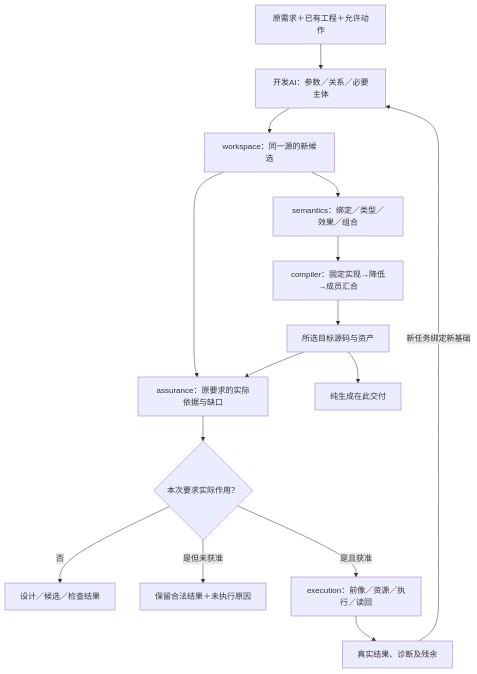
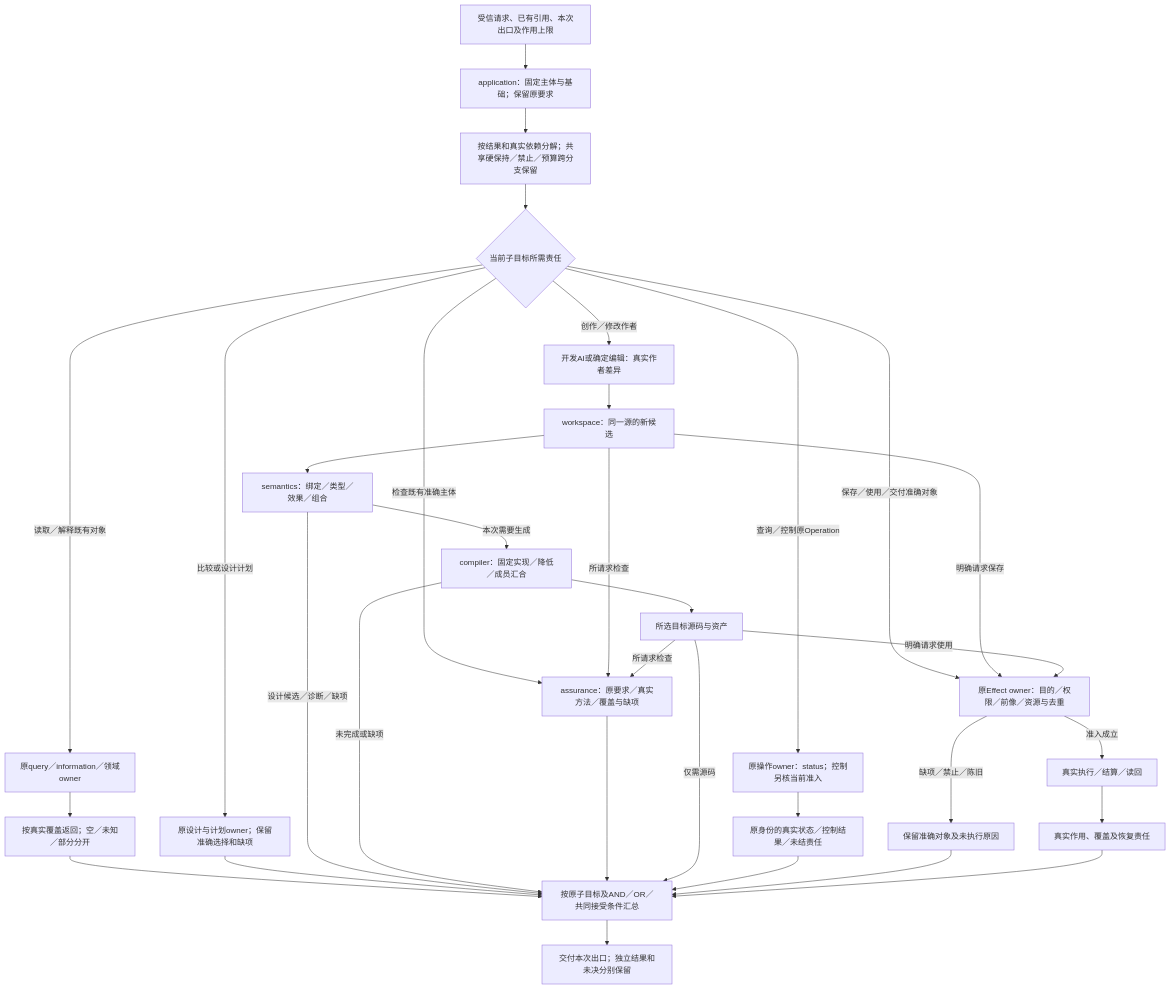
Before and after one commit to sec-platform/sec: the diagram in docs/开发/需求到交付主链.md, drawn with Mermaid. The commit also changed other lines of this file and 33 other files, not shown here.

````diff
--- a/docs/开发/需求到交付主链.md
+++ b/docs/开发/需求到交付主链.md
@@ -64,17 +82,35 @@
 ```mermaid
 flowchart TB
- Request["原需求＋已有工程＋允许动作"] --> Author["开发AI：参数／关系／必要主体"]
+ Request["受信请求、已有引用、本次出口及作用上限"] --> Bind["application：固定主体与基础；保留原要求"]
+ Bind --> Split["按结果和真实依赖分解；共享硬保持／禁止／预算跨分支保留"]
+ Split --> Route{"当前子目标所需责任"}
+ Route -->|读取／解释既有对象| Query["原query／information／领域owner"]
+ Query --> ReadResult["按真实覆盖返回；空／未知／部分分开"]
+ Route -->|比较或设计计划| Plan["原设计与计划owner；保留准确选择和缺项"]
+ Route -->|创作／修改作者| Author["开发AI或确定编辑：真实作者差异"]
  Author --> Candidate["workspace：同一源的新候选"]
  Candidate --> Meaning["semantics：绑定／类型／效果／组合"]
- Meaning --> Compile["compiler：固定实现→降低→成员汇合"]
+ Meaning -->|本次需要生成| Compile["compiler：固定实现／降低／成员汇合"]
  Compile --> Artifact["所选目标源码与资产"]
- Candidate --> Assess["assurance：原要求的实际依据与缺口"]
- Artifact --> Assess
- Artifact --> Preview["纯生成在此交付"]
- Assess --> Choice{"本次要求实际作用？"}
- Choice -->|否| Result["设计／候选／检查结果"]
- Choice -->|是但未获准| NoRun["保留合法结果＋未执行原因"]
- Choice -->|是且获准| Exec["execution：前像／资源／执行／读回"]
- Exec --> Feedback["真实结果、诊断及残余"]
- Feedback -->|新任务绑定新基础| Author
+ Route -->|检查既有准确主体| Assess["assurance：原要求／真实方法／覆盖与缺项"]
+ Candidate -->|所请求检查| Assess
+ Artifact -->|所请求检查| Assess
+ Route -->|查询／控制原Operation| Original["原操作owner：status；控制另核当前准入"]
+ Original --> OperationResult["原身份的真实状态／控制结果／未结责任"]
+ Route -->|保存／使用／交付准确对象| Admit["原Effect owner：目的／权限／前像／资源与去重"]
+ Candidate -->|明确请求保存| Admit
+ Artifact -->|明确请求使用| Admit
+ Admit -->|准入成立| Exec["真实执行／结算／读回"]
+ Admit -->|缺项／禁止／陈旧| NoEffect["保留准确对象及未执行原因"]
+ Exec --> EffectResult["真实作用、覆盖及恢复责任"]
+ ReadResult --> Join["按原子目标及AND／OR／共同接受条件汇总"]
+ Plan --> Join
+ Meaning -->|设计候选／诊断／缺项| Join
+ Compile -->|未完成或缺项| Join
+ Assess --> Join
+ Artifact -->|仅需源码| Join
+ OperationResult --> Join
+ NoEffect --> Join
+ EffectResult --> Join
+ Join --> Exit["交付本次出口；独立结果和未决分别保留"]
 ```
````
